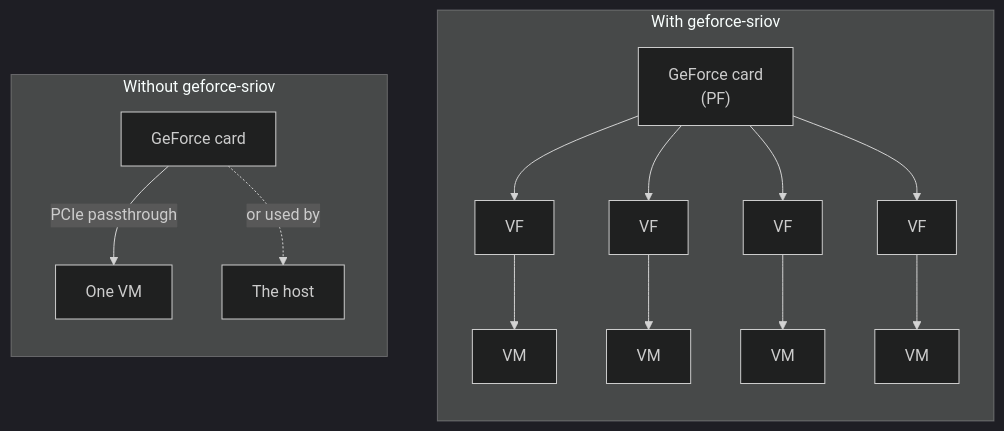
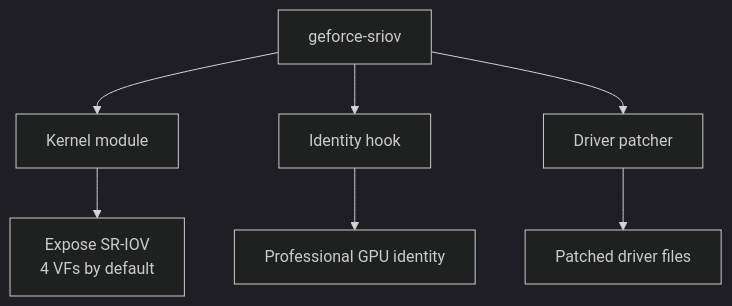
The first of 2 diagrams in README.md (noon-at-cgn/geforce-sriov), drawn with Mermaid (dark theme) before and after one commit. The commit also changed other lines of this file and 86 other files, not shown here.

Commit message:
geforce-sriov 0.4.0

````diff
--- a/README.md
+++ b/README.md
@@ -21,21 +8,13 @@
 ```mermaid
-flowchart LR
-    subgraph BEFORE["Without geforce-sriov"]
-        direction TB
-        G["GeForce card"] -->|"PCIe passthrough"| ONE["One VM"]
-        G -.->|"or used by"| HOST["The host"]
-    end
-    subgraph AFTER["With geforce-sriov"]
-        direction TB
-        PF["GeForce card<br/>(PF)"]
-        PF --> VF1["VF"]
-        PF --> VF2["VF"]
-        PF --> VF3["VF"]
-        PF --> VF4["VF"]
-        VF1 --> VM1["VM"]
-        VF2 --> VM2["VM"]
-        VF3 --> VM3["VM"]
-        VF4 --> VM4["VM"]
-    end
-    BEFORE ~~~ AFTER
+flowchart TD
+    TOOL["geforce-sriov"]
+    MOD["Kernel module"]
+    HOOK["Identity hook"]
+    PATCH["Driver patcher"]
+    VFS["Expose SR-IOV<br/>4 VFs by default"]
+    ID["Professional GPU identity"]
+    DRV["Patched driver files"]
+    TOOL --> MOD --> VFS
+    TOOL --> HOOK --> ID
+    TOOL --> PATCH --> DRV
 ```
````
